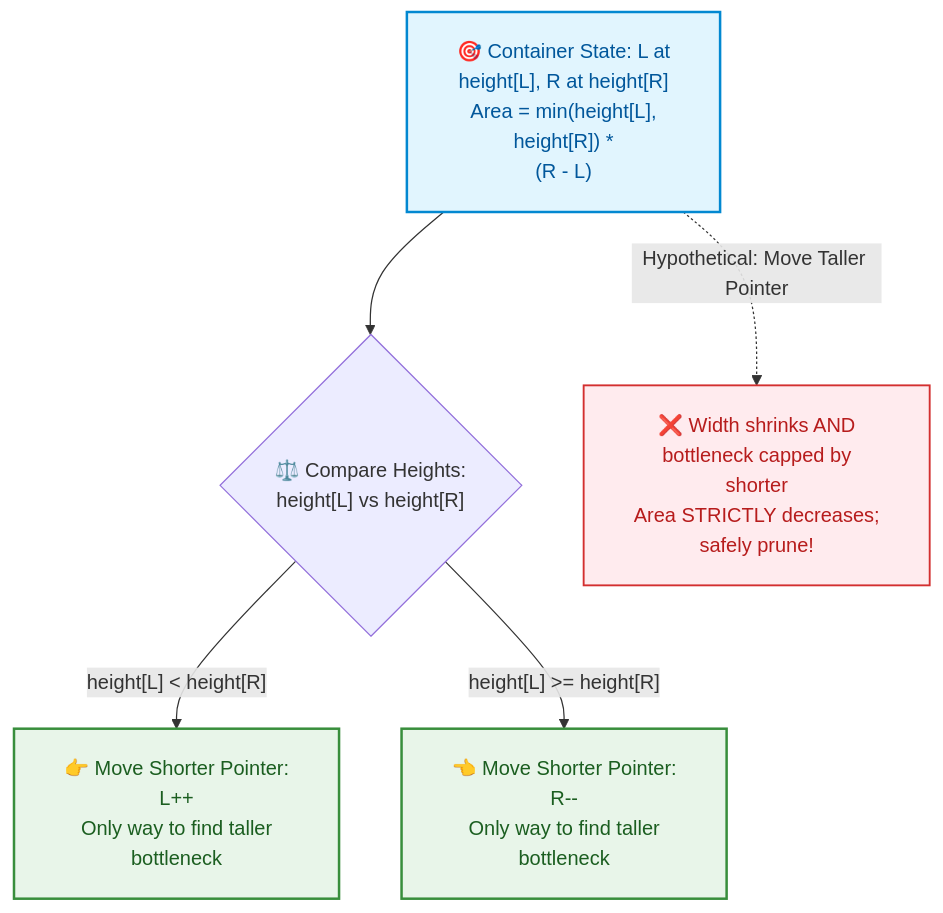
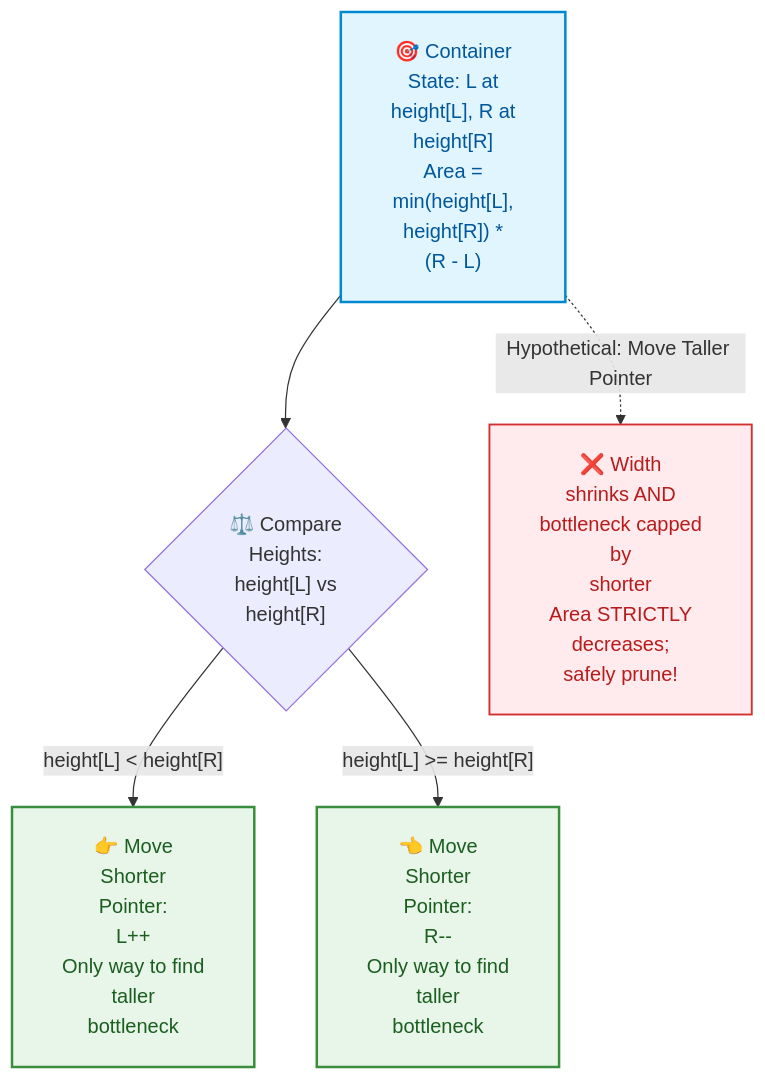
The second of 6 diagrams in week_04_core_problem_solving_patterns_i/Week_04_Visual_Concepts_Playbook_HYBRID.md (dip4k/DSA_102), drawn with Mermaid before and after one commit. The commit also changed other lines of this file and 106 other files, not shown here.

First line of the commit message:
fix(mermaid): prevent text clipping with foreignObject overflow and tighter line wrapping

````diff
--- a/week_04_core_problem_solving_patterns_i/Week_04_Visual_Concepts_Playbook_HYBRID.md
+++ b/week_04_core_problem_solving_patterns_i/Week_04_Visual_Concepts_Playbook_HYBRID.md
@@ -91,13 +91,13 @@
 ```mermaid
-%%{init: {"flowchart": {"htmlLabels": true, "padding": 20}}}%%
+%%{init: {"flowchart": {"htmlLabels": true, "padding": 20}, "themeCSS": "foreignObject { overflow: visible !important; }"}}%%
 flowchart TD
     classDef state fill:#e1f5fe,stroke:#0288d1,color:#01579b,stroke-width:2px;
     classDef move fill:#e8f5e9,stroke:#388e3c,color:#1b5e20,stroke-width:2px;
     classDef dead fill:#ffebee,stroke:#d32f2f,color:#b71c1c,stroke-width:1.5px;
 
-    R["🎯 Container State: L at<br/>height[L], R at height[R]<br/>Area = min(height[L],<br/>height[R]) *<br/>(R - L)"]:::state
-    R --> Cond{"⚖️ Compare Heights:<br/>height[L] vs height[R]"}
-    Cond -->|"height[L] &lt; height[R]"| ML["👉 Move Shorter Pointer:<br/>L++<br/>Only way to find taller<br/>bottleneck"]:::move
-    Cond -->|"height[L] >= height[R]"| MR["👈 Move Shorter Pointer:<br/>R--<br/>Only way to find taller<br/>bottleneck"]:::move
-    R -.->|Hypothetical: Move Taller Pointer| Dead["❌ Width shrinks AND<br/>bottleneck capped by<br/>shorter<br/>Area STRICTLY decreases;<br/>safely prune!"]:::dead
+    R["🎯 Container<br/>State: L at<br/>height[L], R at<br/>height[R]<br/>Area =<br/>min(height[L],<br/>height[R]) *<br/>(R - L)"]:::state
+    R --> Cond{"⚖️ Compare<br/>Heights:<br/>height[L] vs<br/>height[R]"}
+    Cond -->|"height[L] &lt; height[R]"| ML["👉 Move<br/>Shorter<br/>Pointer:<br/>L++<br/>Only way to find<br/>taller<br/>bottleneck"]:::move
+    Cond -->|"height[L] >= height[R]"| MR["👈 Move<br/>Shorter<br/>Pointer:<br/>R--<br/>Only way to find<br/>taller<br/>bottleneck"]:::move
+    R -.->|Hypothetical: Move Taller Pointer| Dead["❌ Width<br/>shrinks AND<br/>bottleneck capped<br/>by<br/>shorter<br/>Area STRICTLY<br/>decreases;<br/>safely prune!"]:::dead
 ```
````
